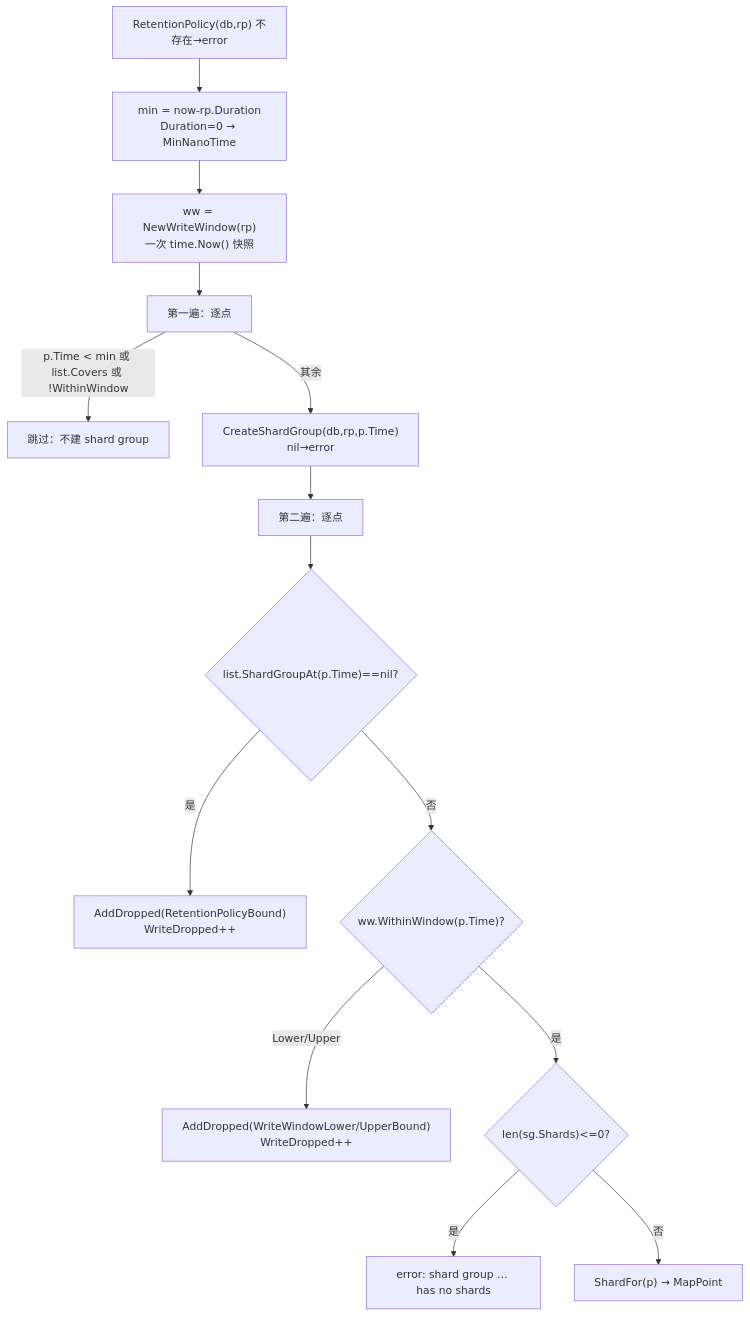
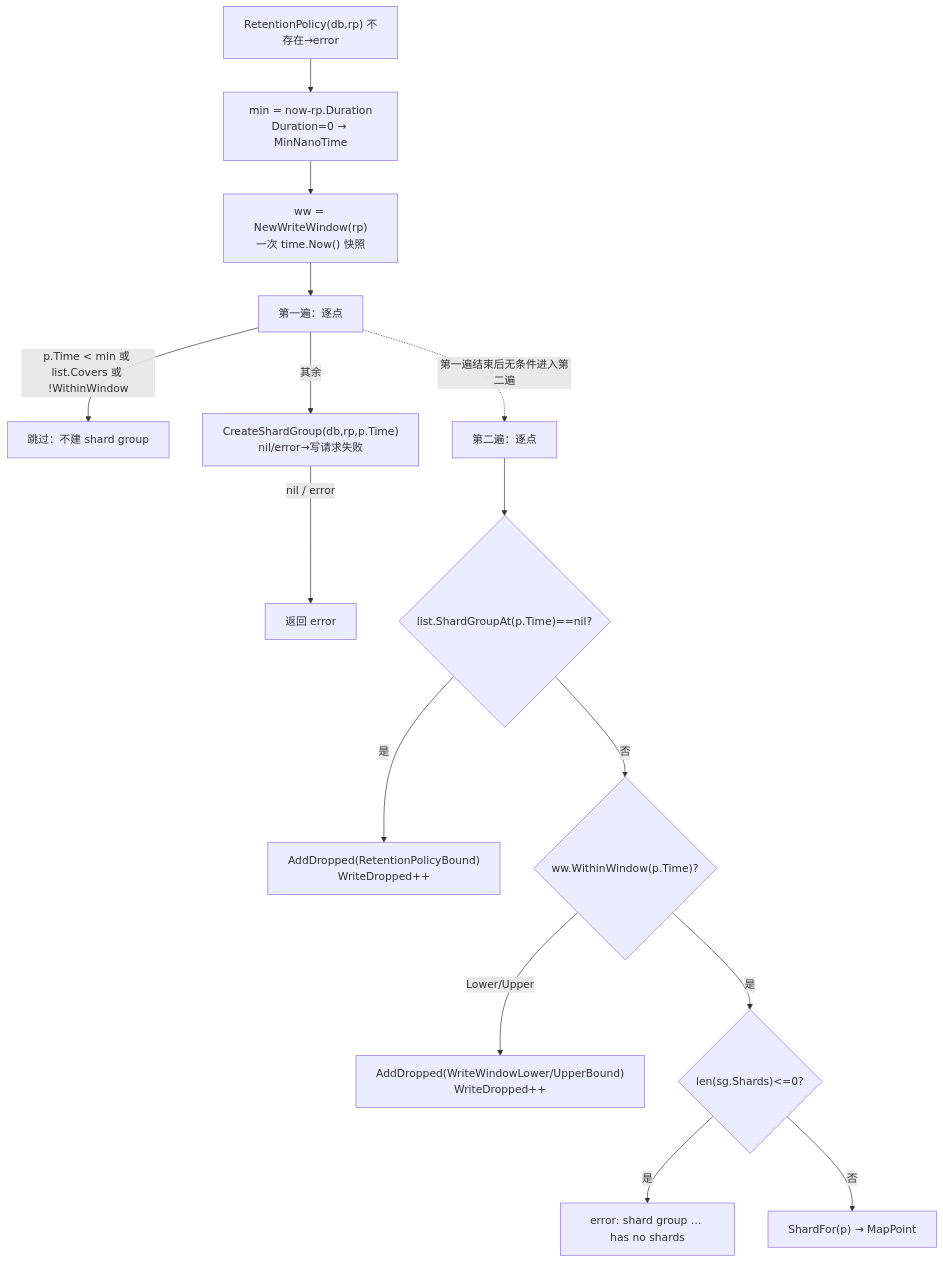
Before and after one commit to stefanv5/influxdb: the fifth of 6 diagrams in docs/specs/v1.8.10-vs-v1.12.3/01_write_path_diff.md, drawn with Mermaid. The commit also changed other lines of this file and 16 other files, not shown here.

````diff
--- a/docs/specs/v1.8.10-vs-v1.12.3/01_write_path_diff.md
+++ b/docs/specs/v1.8.10-vs-v1.12.3/01_write_path_diff.md
@@ -858,16 +933,17 @@
 ```mermaid
 flowchart TD
     A["RetentionPolicy(db,rp) 不存在→error"] --> B["min = now-rp.Duration<br/>Duration=0 → MinNanoTime"]
     B --> C["ww = NewWriteWindow(rp)<br/>一次 time.Now() 快照"]
     C --> D["第一遍：逐点"]
     D -->|"p.Time < min 或 list.Covers 或 !WithinWindow"| D1["跳过：不建 shard group"]
-    D -->|"其余"| D2["CreateShardGroup(db,rp,p.Time)<br/>nil→error"]
-    D2 --> E["第二遍：逐点"]
+    D -->|"其余"| D2["CreateShardGroup(db,rp,p.Time)<br/>nil/error→写请求失败"]
+    D2 -->|"nil / error"| X2["返回 error"]
+    D -.->|"第一遍结束后无条件进入第二遍"| E["第二遍：逐点"]
     E --> F{"list.ShardGroupAt(p.Time)==nil?"}
     F -->|"是"| G["AddDropped(RetentionPolicyBound)<br/>WriteDropped++"]
     F -->|"否"| H{"ww.WithinWindow(p.Time)?"}
     H -->|"Lower/Upper"| I["AddDropped(WriteWindowLower/UpperBound)<br/>WriteDropped++"]
     H -->|"是"| J{"len(sg.Shards)<=0?"}
     J -->|"是"| X["error: shard group … has no shards"]
     J -->|"否"| K["ShardFor(p) → MapPoint"]
 ```
````
